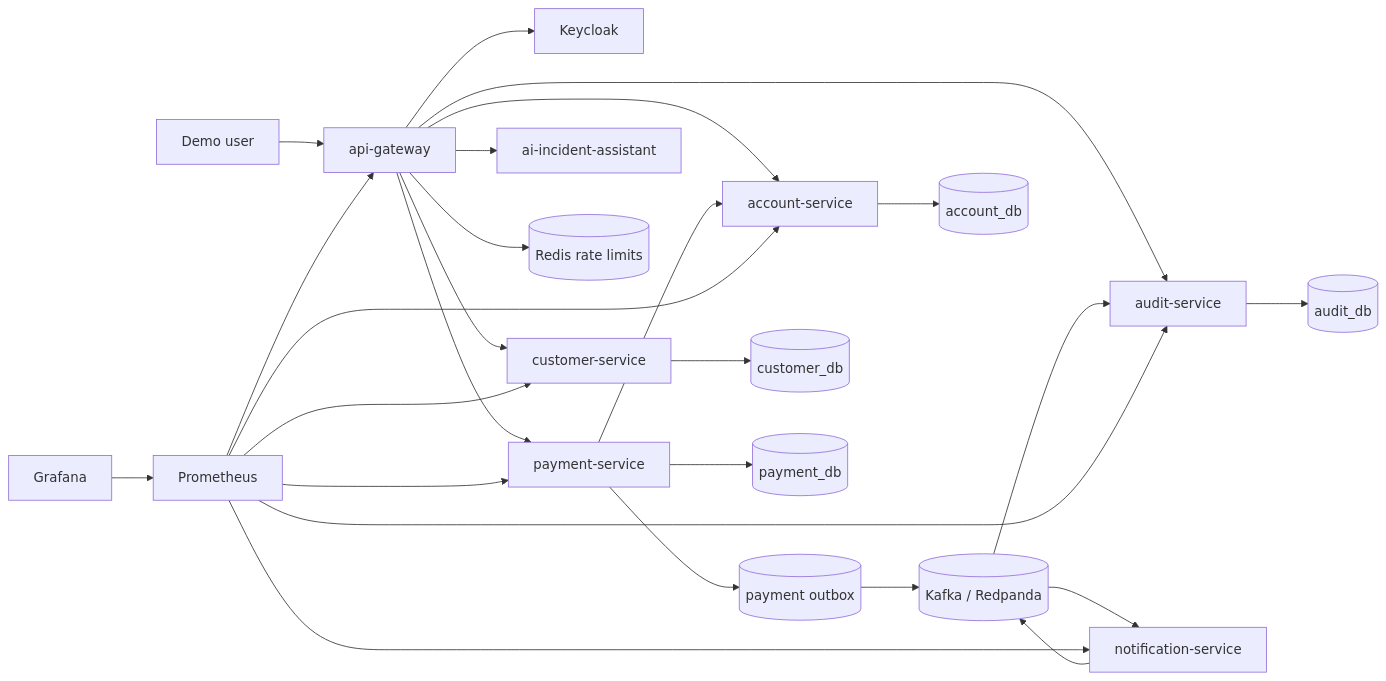
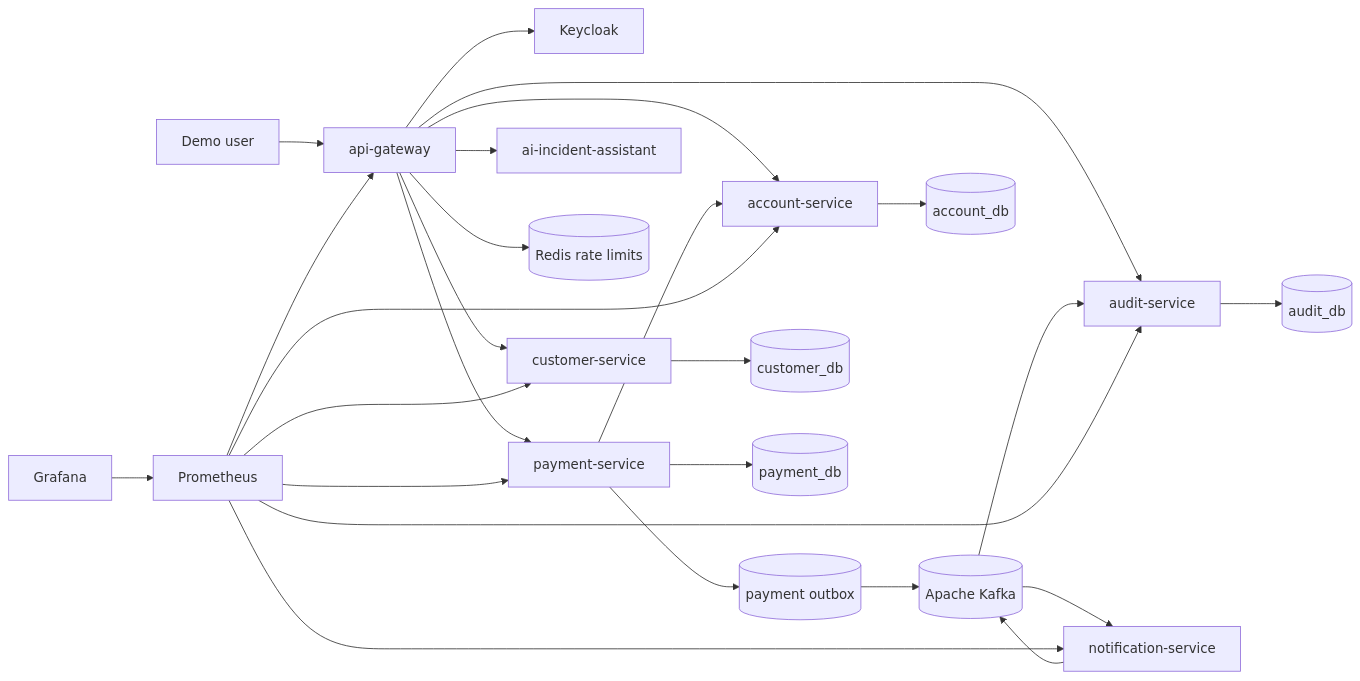
Before and after one commit to alradno/event-driven-banking-platform: the first of 2 diagrams in README.md, drawn with Mermaid. The commit also changed other lines of this file and 7 other files, not shown here.

````diff
--- a/README.md
+++ b/README.md
@@ -7,28 +7,28 @@
 ```mermaid
 flowchart LR
   User[Demo user] --> Gateway[api-gateway]
   Gateway --> Keycloak[Keycloak]
   Gateway --> Customer[customer-service]
   Gateway --> Account[account-service]
   Gateway --> Payment[payment-service]
   Gateway --> Audit[audit-service]
   Gateway --> AI[ai-incident-assistant]
   Payment --> Account
   Payment --> Outbox[(payment outbox)]
-  Outbox --> Kafka[(Kafka / Redpanda)]
+  Outbox --> Kafka[(Apache Kafka)]
   Kafka --> Audit
   Kafka --> Notification[notification-service]
   Notification --> Kafka
   Customer --> CustomerDb[(customer_db)]
   Account --> AccountDb[(account_db)]
   Payment --> PaymentDb[(payment_db)]
   Audit --> AuditDb[(audit_db)]
   Gateway --> Redis[(Redis rate limits)]
   Prometheus[Prometheus] --> Gateway
   Prometheus --> Customer
   Prometheus --> Account
   Prometheus --> Payment
   Prometheus --> Audit
   Prometheus --> Notification
   Grafana[Grafana] --> Prometheus
 ```
````
